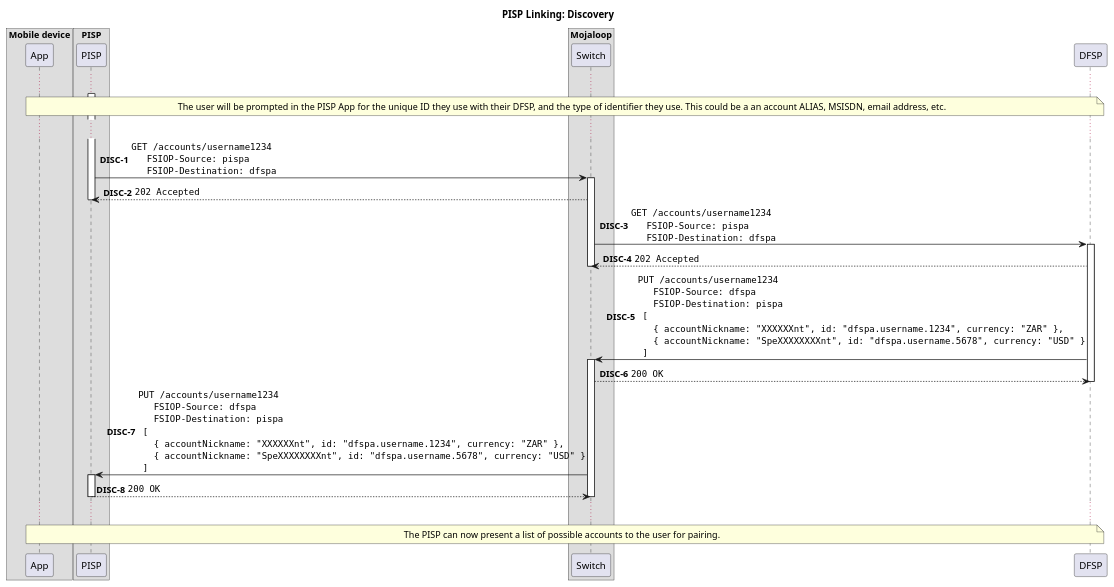
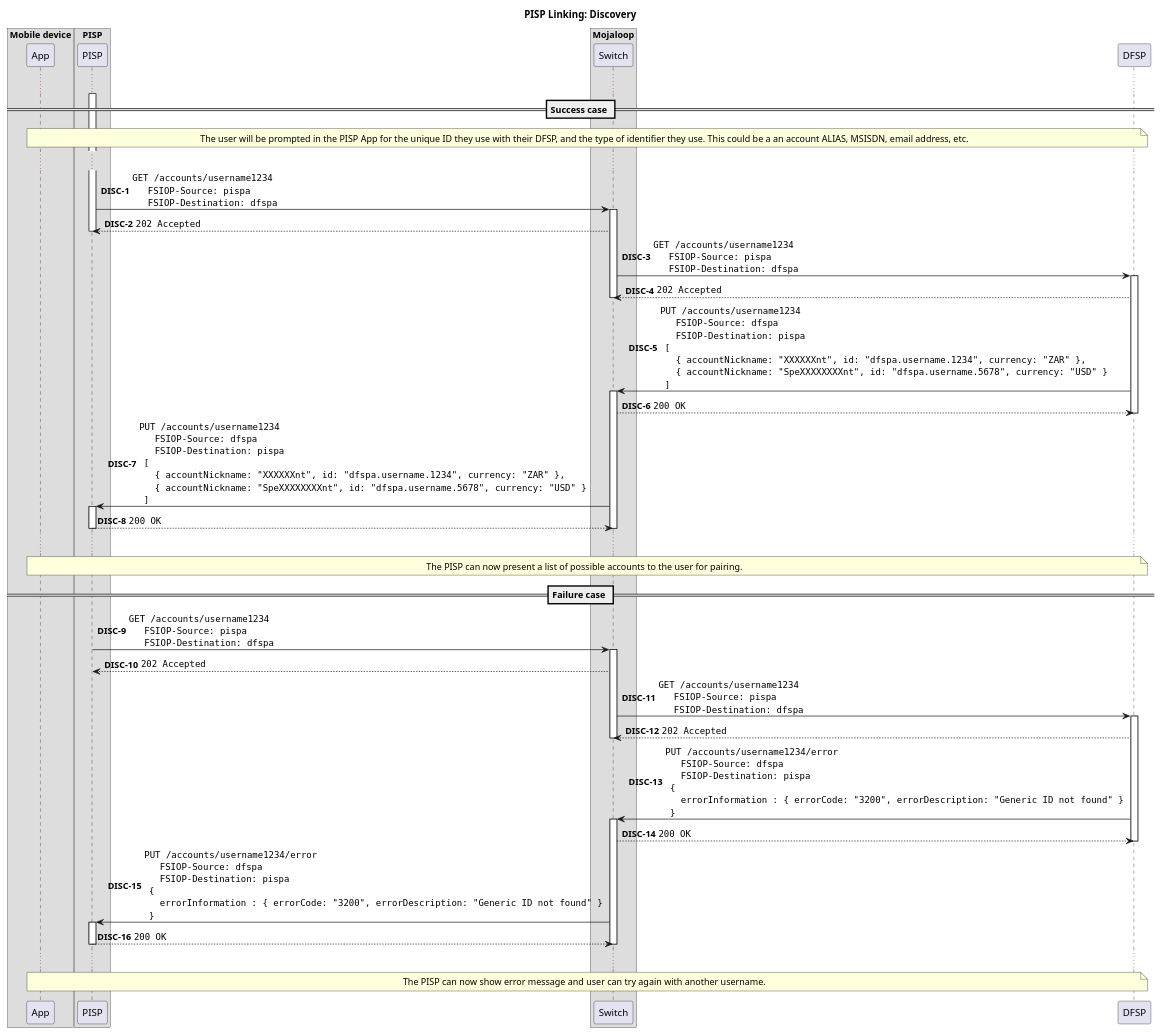
The diagram in docs/linking/1-discovery.puml (mojaloop/pisp-project), drawn with PlantUML before and after one commit. The commit also changed 9 other files, not shown here.

```diff
--- a/docs/linking/1-discovery.puml
+++ b/docs/linking/1-discovery.puml
@@ -1,69 +1,111 @@
 @startuml
 
 title PISP Linking: Discovery
 
 box "Mobile device"
     participant App
 end box
 
 box "PISP"
     participant PISP
 end box
 
 box "Mojaloop"
     participant Switch
 end box
 
 participant DFSP
 
 autonumber 1 "<b>DISC-#</b>"
 activate PISP
 
 ...
+
+== Success case ==
 
 note over App, DFSP
   The user will be prompted in the PISP App for the unique ID they use with their DFSP, and the type of identifier they use. This could be a an account ALIAS, MSISDN, email address, etc.
 end note
 
 ...
 
 PISP -> Switch ++: ""GET /accounts/username1234""\n\
   ""  FSIOP-Source: pispa""\n\
   ""  FSIOP-Destination: dfspa""
 Switch --> PISP: ""202 Accepted""
 deactivate PISP
 
 Switch -> DFSP ++: ""GET /accounts/username1234""\n\
   ""  FSIOP-Source: pispa""\n\
   ""  FSIOP-Destination: dfspa""
 DFSP --> Switch: ""202 Accepted""
 deactivate Switch
 
 DFSP -> Switch ++: ""PUT /accounts/username1234""\n\
   ""  FSIOP-Source: dfspa""\n\
   ""  FSIOP-Destination: pispa""\n\
   ""[""\n\
   ""  { accountNickname: "XXXXXXnt", id: "dfspa.username.1234", currency: "ZAR" },""\n\
   ""  { accountNickname: "SpeXXXXXXXXnt", id: "dfspa.username.5678", currency: "USD" }""\n\
   ""]""
 Switch --> DFSP: ""200 OK""
 deactivate DFSP
 
 Switch -> PISP ++: ""PUT /accounts/username1234""\n\
   ""  FSIOP-Source: dfspa""\n\
   ""  FSIOP-Destination: pispa""\n\
   ""[""\n\
   ""  { accountNickname: "XXXXXXnt", id: "dfspa.username.1234", currency: "ZAR" },""\n\
   ""  { accountNickname: "SpeXXXXXXXXnt", id: "dfspa.username.5678", currency: "USD" }""\n\
   ""]""
 PISP --> Switch: ""200 OK""
 deactivate Switch
 deactivate PISP
 
 ...
 
 note over App, DFSP
   The PISP can now present a list of possible accounts to the user for pairing.
 end note
 
+
+== Failure case ==
+
+PISP -> Switch ++: ""GET /accounts/username1234""\n\
+  ""  FSIOP-Source: pispa""\n\
+  ""  FSIOP-Destination: dfspa""
+Switch --> PISP: ""202 Accepted""
+deactivate PISP
+
+Switch -> DFSP ++: ""GET /accounts/username1234""\n\
+  ""  FSIOP-Source: pispa""\n\
+  ""  FSIOP-Destination: dfspa""
+DFSP --> Switch: ""202 Accepted""
+deactivate Switch
+
+DFSP -> Switch ++: ""PUT /accounts/username1234/error""\n\
+  ""  FSIOP-Source: dfspa""\n\
+  ""  FSIOP-Destination: pispa""\n\
+  ""{""\n\
+  ""  errorInformation : { errorCode: "3200", errorDescription: "Generic ID not found" } ""\n\
+  ""}""
+Switch --> DFSP: ""200 OK""
+deactivate DFSP
+
+Switch -> PISP ++: ""PUT /accounts/username1234/error""\n\
+  ""  FSIOP-Source: dfspa""\n\
+  ""  FSIOP-Destination: pispa""\n\
+  ""{""\n\
+  ""  errorInformation : { errorCode: "3200", errorDescription: "Generic ID not found" } ""\n\
+  ""}""
+PISP --> Switch: ""200 OK""
+deactivate Switch
+deactivate PISP
+
+...
+
+note over App, DFSP
+  The PISP can now show error message and user can try again with another username.
+end note
+
 @enduml
```
